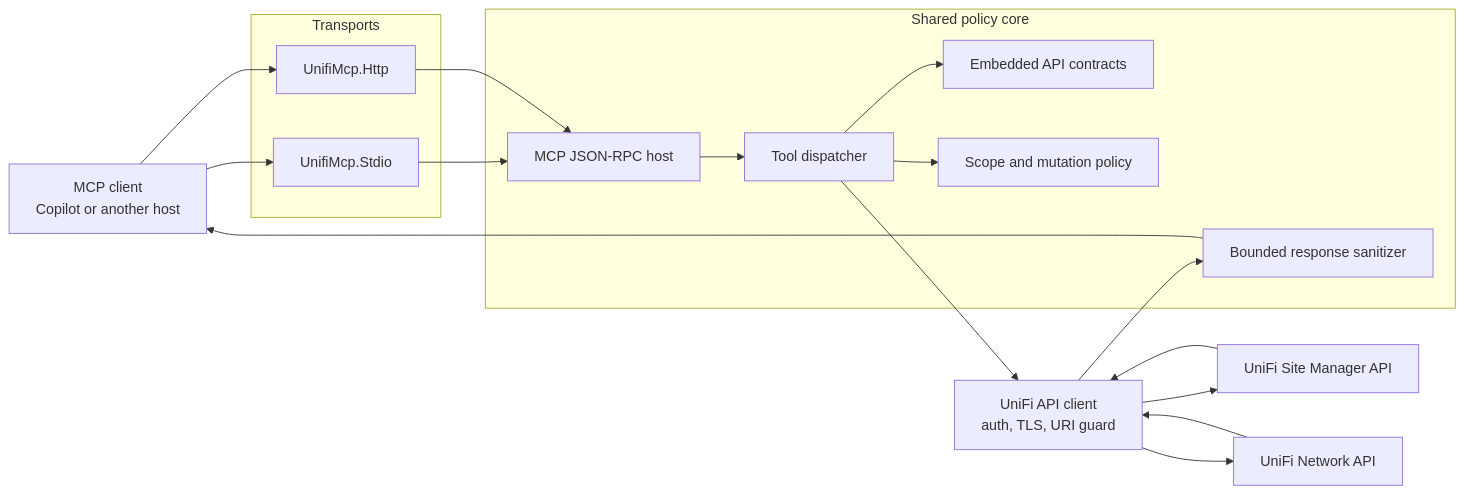
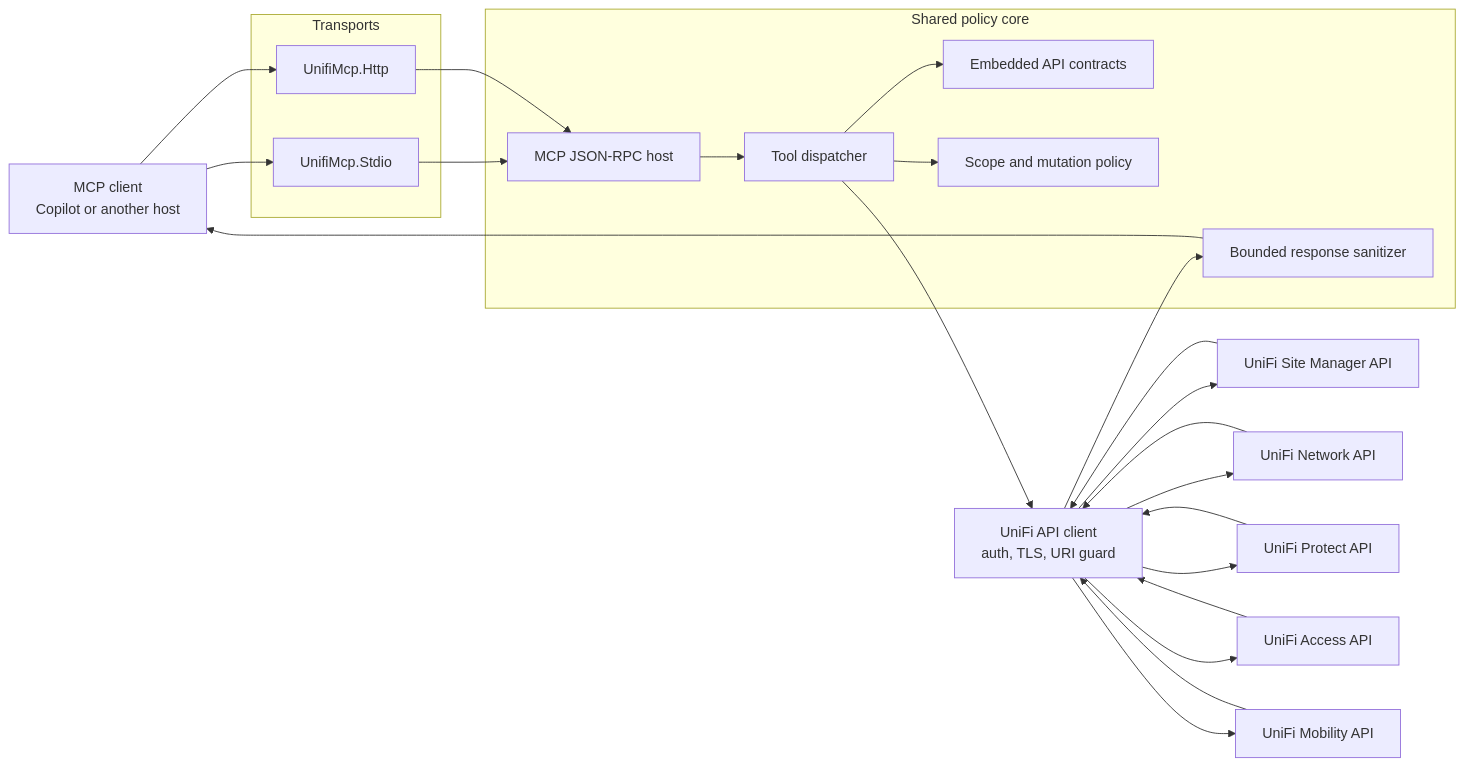
One commit to dennispayne/unifi-mcp changed the first of 2 diagrams in docs/architecture.md. Above: the diagram before and after it, drawn with Mermaid. The commit also changed other lines of this file and 15 other files, not shown here.

Commit message:
Add UniFi Protect, Access, and Mobility API support

````diff
--- a/docs/architecture.md
+++ b/docs/architecture.md
@@ -16,36 +16,45 @@
 ```mermaid
 flowchart LR
     Client["MCP client<br/>Copilot or another host"]
 
     subgraph Transports
         Stdio["UnifiMcp.Stdio"]
         Http["UnifiMcp.Http"]
     end
 
     subgraph Shared_Core["Shared policy core"]
         Rpc["MCP JSON-RPC host"]
         Tools["Tool dispatcher"]
         Catalog["Embedded API contracts"]
         Policy["Scope and mutation policy"]
         Sanitize["Bounded response sanitizer"]
     end
 
     ApiClient["UniFi API client<br/>auth, TLS, URI guard"]
     SiteManager["UniFi Site Manager API"]
     Network["UniFi Network API"]
+    Protect["UniFi Protect API"]
+    Access["UniFi Access API"]
+    Mobility["UniFi Mobility API"]
 
     Client --> Stdio
     Client --> Http
     Stdio --> Rpc
     Http --> Rpc
     Rpc --> Tools
     Tools --> Catalog
     Tools --> Policy
     Tools --> ApiClient
     ApiClient --> SiteManager
     ApiClient --> Network
+    ApiClient --> Protect
+    ApiClient --> Access
+    ApiClient --> Mobility
     SiteManager --> ApiClient
     Network --> ApiClient
+    Protect --> ApiClient
+    Access --> ApiClient
+    Mobility --> ApiClient
     ApiClient --> Sanitize
     Sanitize --> Client
 ```
````
